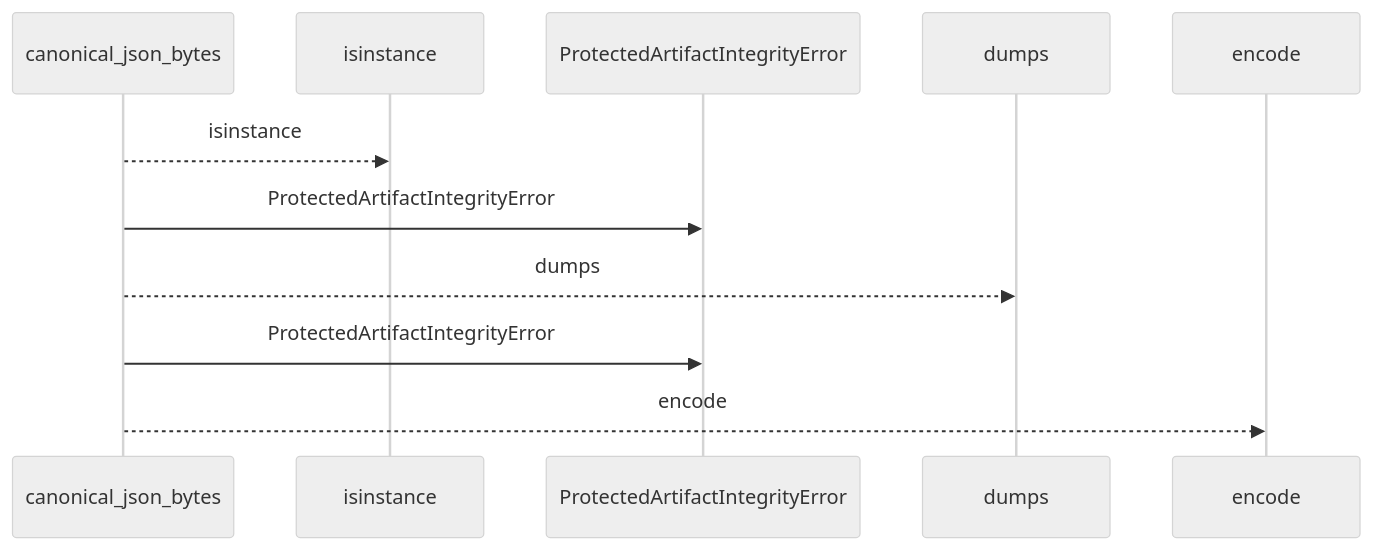
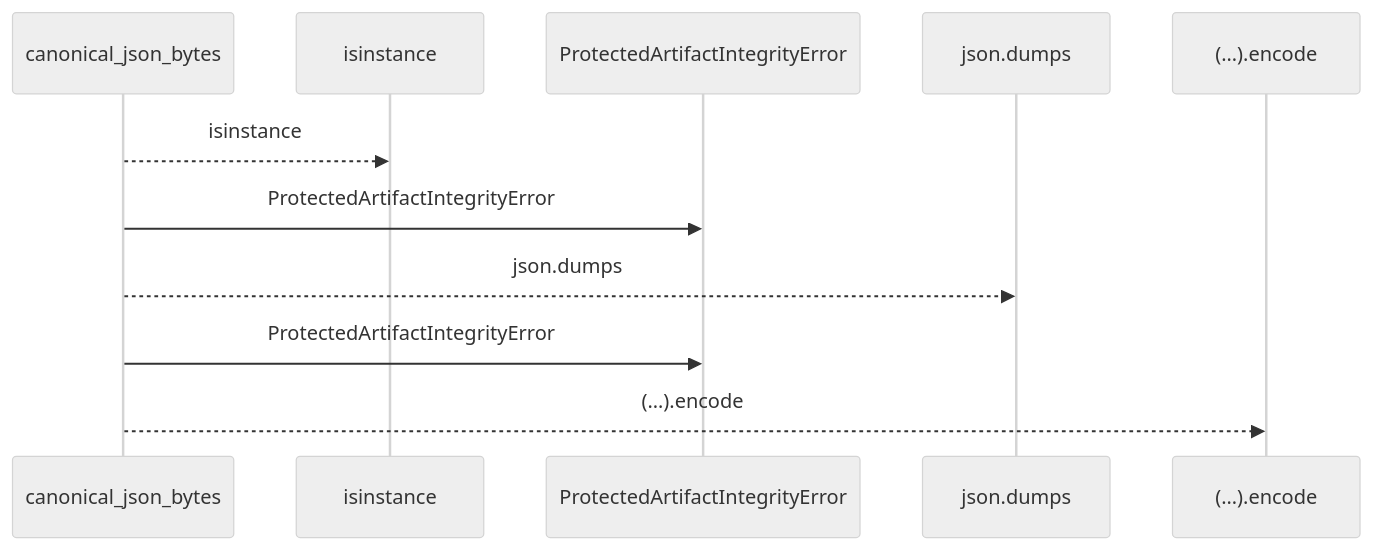
One commit to Denissvgn/python-wiki-llm changed the first of 2 diagrams in docs/llm_wiki/flows/api-canonical_json_bytes-protected_artifacts.md. Above: the diagram before and after it, drawn with Mermaid (neutral theme). The commit also changed other lines of this file and 719 other files, not shown here.

````diff
--- a/docs/llm_wiki/flows/api-canonical_json_bytes-protected_artifacts.md
+++ b/docs/llm_wiki/flows/api-canonical_json_bytes-protected_artifacts.md
@@ -10,13 +10,13 @@
 ```mermaid
 sequenceDiagram
     participant p0 as canonical_json_bytes
     participant p1 as isinstance
     participant p2 as ProtectedArtifactIntegrityError
-    participant p3 as dumps
-    participant p4 as encode
+    participant p3 as json.dumps
+    participant p4 as (…).encode
     p0-->>p1: isinstance
     p0->>p2: ProtectedArtifactIntegrityError
-    p0-->>p3: dumps
+    p0-->>p3: json.dumps
     p0->>p2: ProtectedArtifactIntegrityError
-    p0-->>p4: encode
+    p0-->>p4: (…).encode
 ```
````
